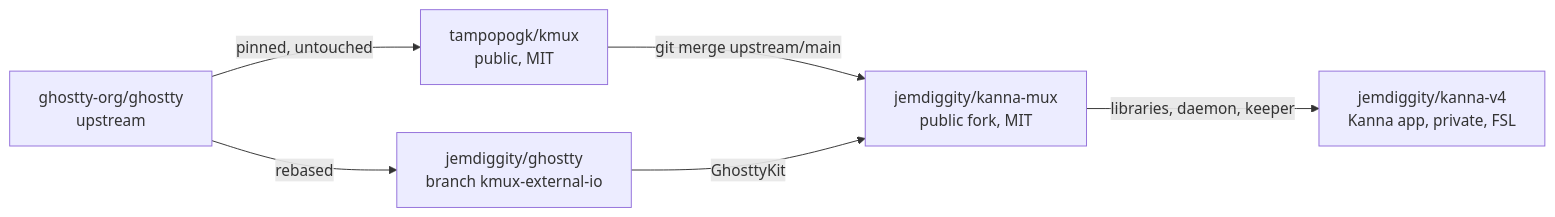
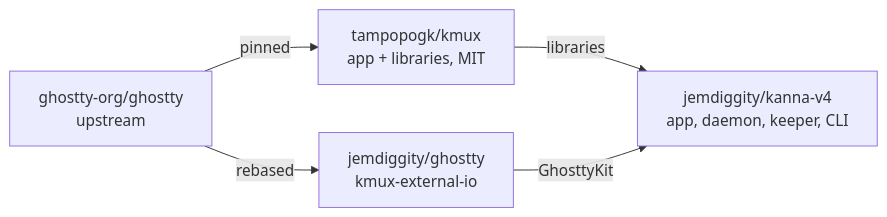
Before and after one commit to jemdiggity/kanna-v4: the fifth of 9 diagrams in docs/research/mux-architecture.md, drawn with Mermaid. The commit also changed other lines of this file, not shown here.

Commit message:
Mux architecture: kmux stays an app with libraries; Kanna owns the daemon and keeper, built on kmux's CLI shape and mux UI

````diff
--- a/docs/research/mux-architecture.md
+++ b/docs/research/mux-architecture.md
@@ -180,8 +172,7 @@
 ```mermaid
 flowchart LR
-    GU["ghostty-org/ghostty<br/>upstream"] -->|"pinned, untouched"| KMUX["tampopogk/kmux<br/>public, MIT"]
-    GU -->|"rebased"| GF["jemdiggity/ghostty<br/>branch kmux-external-io"]
-    KMUX -->|"git merge upstream/main"| KM["jemdiggity/kanna-mux<br/>public fork, MIT"]
-    GF -->|"GhosttyKit"| KM
-    KM -->|"libraries, daemon, keeper"| KV["jemdiggity/kanna-v4<br/>Kanna app, private, FSL"]
+    GU["ghostty-org/ghostty<br/>upstream"] -->|"pinned"| KMUX["tampopogk/kmux<br/>app + libraries, MIT"]
+    GU -->|"rebased"| GF["jemdiggity/ghostty<br/>kmux-external-io"]
+    KMUX -->|"libraries"| KV["jemdiggity/kanna-v4<br/>app, daemon, keeper, CLI"]
+    GF -->|"GhosttyKit"| KV
 ```
````
